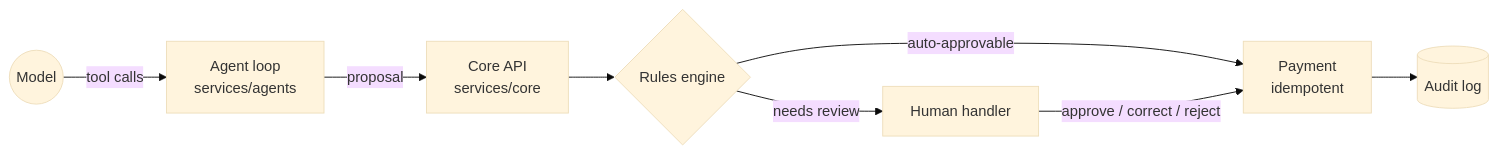
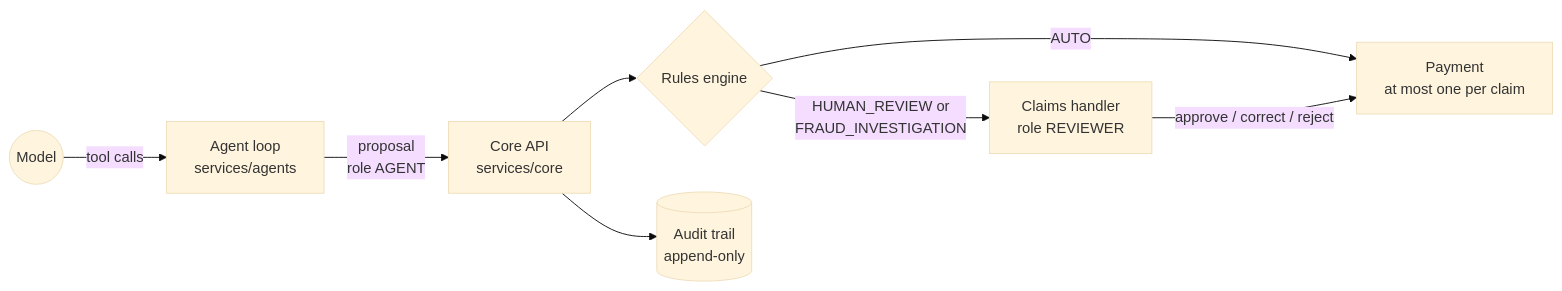
Before and after one commit to rnachoc/tramita: the first of 3 diagrams in docs/architecture.md, drawn with Mermaid (base theme). The commit also changed other lines of this file, not shown here.

First line of the commit message:
docs: describe the rules engine, claim lifecycle, data model and core API

````diff
--- a/docs/architecture.md
+++ b/docs/architecture.md
@@ -23,10 +25,10 @@
 ```mermaid
 flowchart LR
     M((Model)) -- tool calls --> A[Agent loop<br/>services/agents]
-    A -- proposal --> C[Core API<br/>services/core]
+    A -- proposal<br/>role AGENT --> C[Core API<br/>services/core]
     C --> R{Rules engine}
-    R -- auto-approvable --> P[Payment<br/>idempotent]
-    R -- needs review --> H[Human handler]
+    R -- AUTO --> P[Payment<br/>at most one per claim]
+    R -- HUMAN_REVIEW or<br/>FRAUD_INVESTIGATION --> H[Claims handler<br/>role REVIEWER]
     H -- approve / correct / reject --> P
-    P --> AU[(Audit log)]
+    C --> AU[(Audit trail<br/>append-only)]
 ```
````
